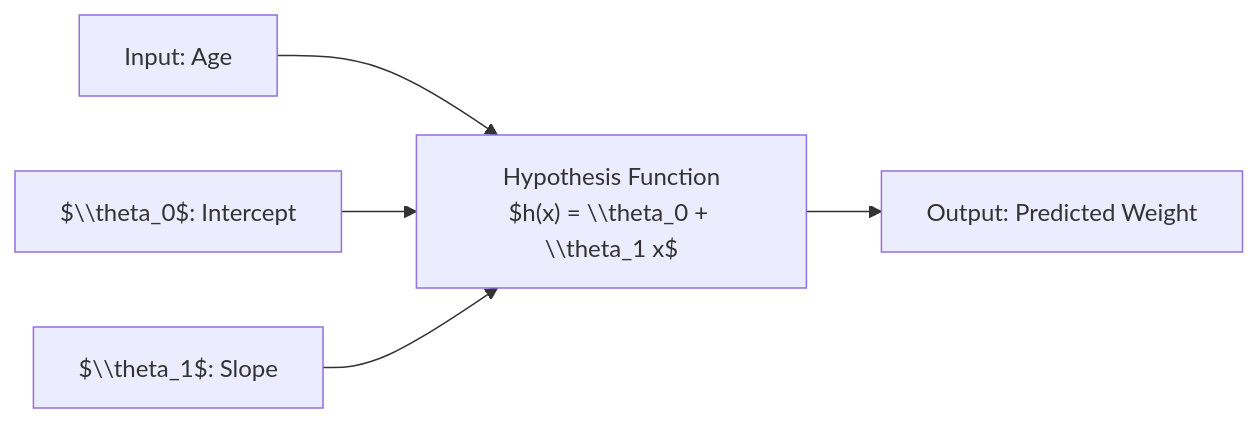
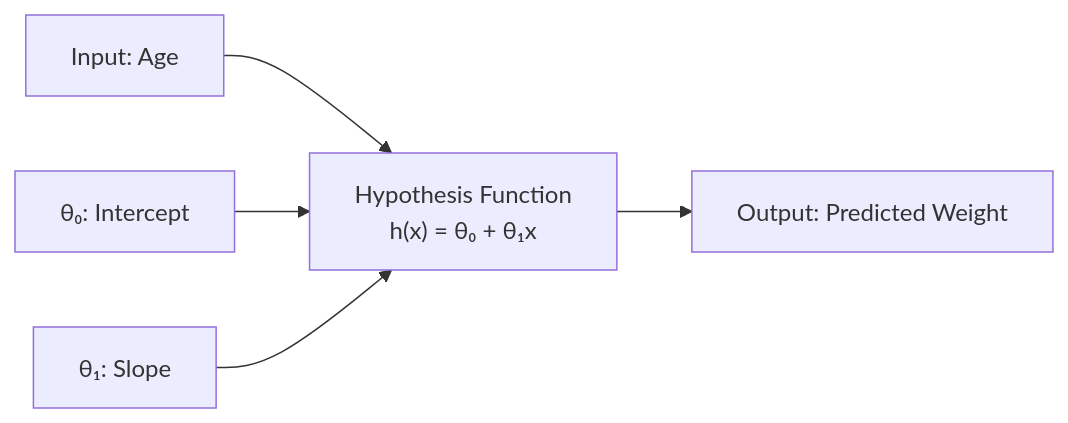
Before and after one commit to nishant-iith/Learning-AI-ML: the second of 5 diagrams in ML Revision/03-Linear-Regression.md, drawn with Mermaid. The commit also changed other lines of this file, not shown here.

````diff
--- a/ML Revision/03-Linear-Regression.md
+++ b/ML Revision/03-Linear-Regression.md
@@ -38,8 +38,8 @@
 ```mermaid
 flowchart LR
-    A["Input: Age"] --> B["Hypothesis Function<br/>$h(x) = \\theta_0 + \\theta_1 x$"]
+    A["Input: Age"] --> B["Hypothesis Function<br/>h(x) = θ₀ + θ₁x"]
     B --> C["Output: Predicted Weight"]
 
-    D["$\\theta_0$: Intercept"] --> B
-    E["$\\theta_1$: Slope"] --> B
+    D["θ₀: Intercept"] --> B
+    E["θ₁: Slope"] --> B
 ```
````
